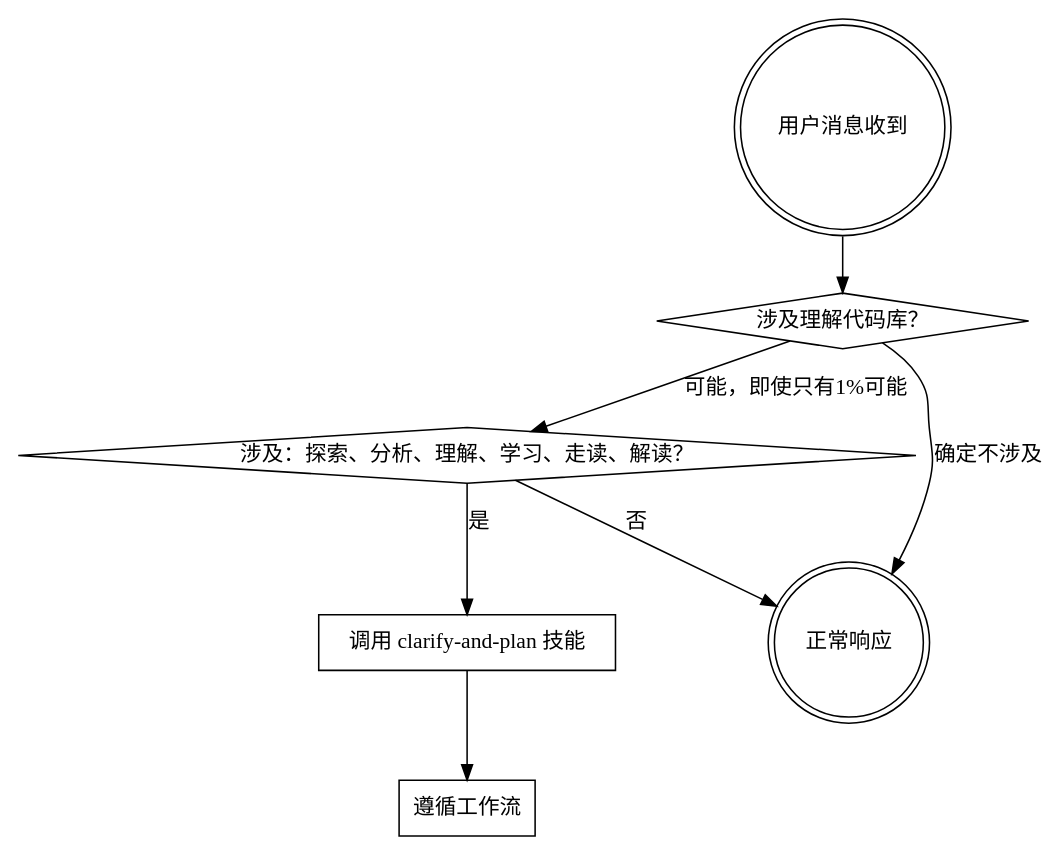
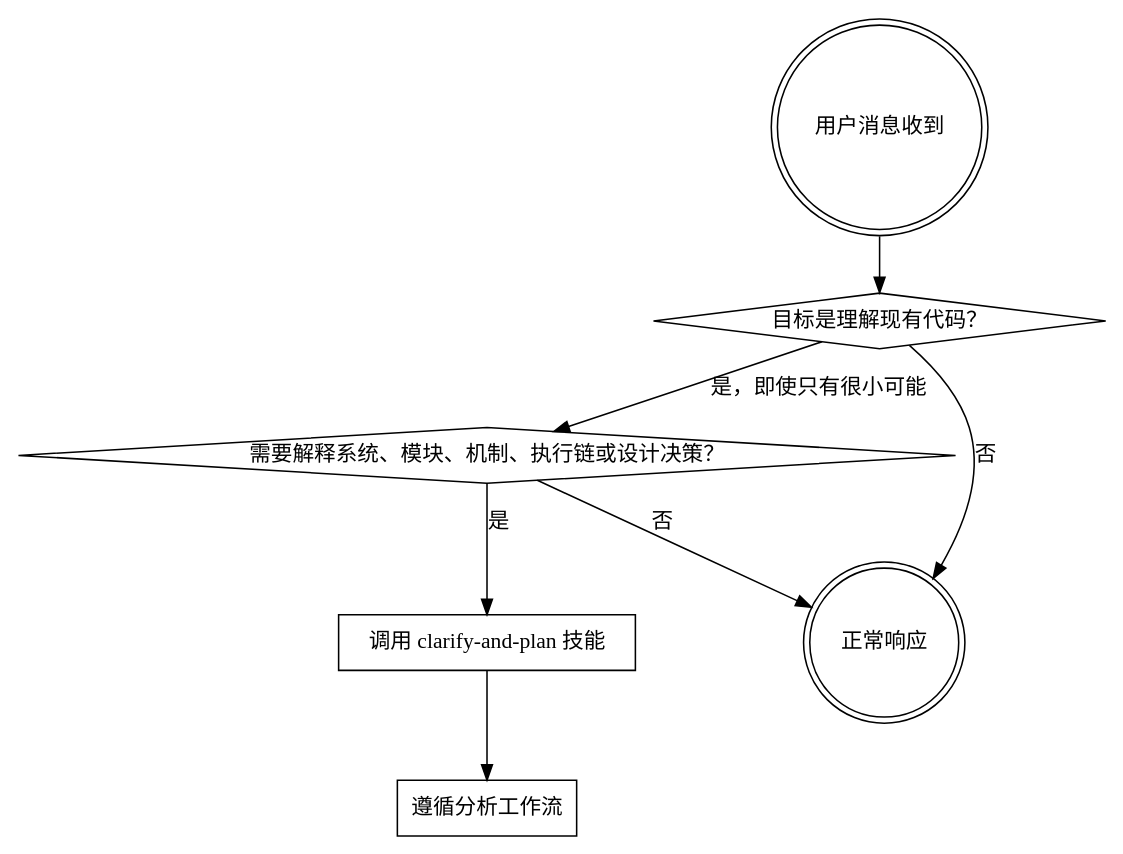
Before and after one commit to mahuft/agentic-coding-kit: the diagram in analyze-codebase-skills/analyze-codebase/SKILL.md, drawn with Graphviz. The commit also changed other lines of this file and 9 other files, not shown here.

````diff
--- a/analyze-codebase-skills/analyze-codebase/SKILL.md
+++ b/analyze-codebase-skills/analyze-codebase/SKILL.md
@@ -42,17 +42,17 @@
 ```dot
 digraph trigger_flow {
     "用户消息收到" [shape=doublecircle];
-    "涉及理解代码库？" [shape=diamond];
-    "涉及：探索、分析、理解、学习、走读、解读？" [shape=diamond];
+    "目标是理解现有代码？" [shape=diamond];
+    "需要解释系统、模块、机制、执行链或设计决策？" [shape=diamond];
     "调用 clarify-and-plan 技能" [shape=box];
-    "遵循工作流" [shape=box];
+    "遵循分析工作流" [shape=box];
     "正常响应" [shape=doublecircle];
 
-    "用户消息收到" -> "涉及理解代码库？";
-    "涉及理解代码库？" -> "涉及：探索、分析、理解、学习、走读、解读？" [label="可能，即使只有1%可能"];
-    "涉及理解代码库？" -> "正常响应" [label="确定不涉及"];
-    "涉及：探索、分析、理解、学习、走读、解读？" -> "调用 clarify-and-plan 技能" [label="是"];
-    "涉及：探索、分析、理解、学习、走读、解读？" -> "正常响应" [label="否"];
-    "调用 clarify-and-plan 技能" -> "遵循工作流";
+    "用户消息收到" -> "目标是理解现有代码？";
+    "目标是理解现有代码？" -> "需要解释系统、模块、机制、执行链或设计决策？" [label="是，即使只有很小可能"];
+    "目标是理解现有代码？" -> "正常响应" [label="否"];
+    "需要解释系统、模块、机制、执行链或设计决策？" -> "调用 clarify-and-plan 技能" [label="是"];
+    "需要解释系统、模块、机制、执行链或设计决策？" -> "正常响应" [label="否"];
+    "调用 clarify-and-plan 技能" -> "遵循分析工作流";
 }
 ```
````
